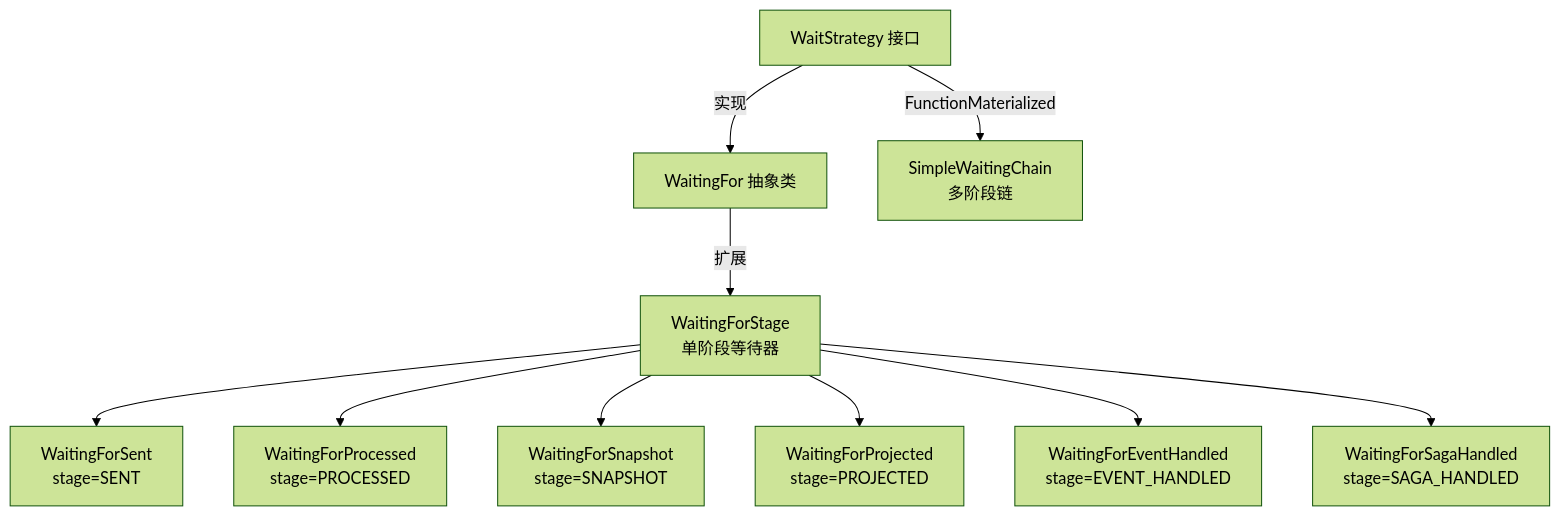
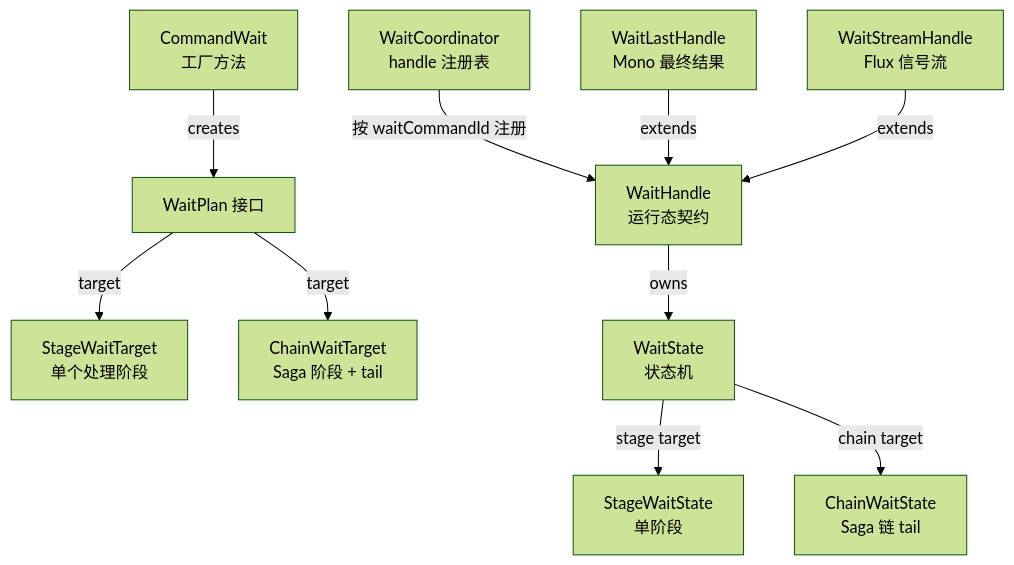
Before and after one commit to Ahoo-Wang/Wow: the third of 3 diagrams in documentation/docs/zh/guide/command-gateway.md, drawn with Mermaid (forest theme). The commit also changed other lines of this file and 155 other files, not shown here.

First line of the commit message:
[codex] Redesign command wait runtime (#2698)

````diff
--- a/documentation/docs/zh/guide/command-gateway.md
+++ b/documentation/docs/zh/guide/command-gateway.md
@@ -614,26 +614,25 @@
 ```mermaid
 graph TB
-    WS[WaitStrategy 接口]
-    WF[WaitingFor 抽象类]
-    WFS[WaitingForStage<br>单阶段等待器]
-    SC[SimpleWaitingChain<br>多阶段链]
+    WS[WaitPlan 接口]
+    SWT[StageWaitTarget<br>单个处理阶段]
+    CWT[ChainWaitTarget<br>Saga 阶段 + tail]
+    CW[CommandWait<br>工厂方法]
+    HC[WaitCoordinator<br>handle 注册表]
+    WH[WaitHandle<br>运行态契约]
+    WL[WaitLastHandle<br>Mono 最终结果]
+    WF[WaitStreamHandle<br>Flux 信号流]
+    ST[WaitState<br>状态机]
+    SWS[StageWaitState<br>单阶段]
+    CWS[ChainWaitState<br>Saga 链 tail]
 
-    WS -->|实现| WF
-    WF -->|扩展| WFS
-    WS -->|FunctionMaterialized| SC
-
-    WFS_SENT[WaitingForSent<br>stage=SENT]
-    WFS_PROC[WaitingForProcessed<br>stage=PROCESSED]
-    WFS_SNAP[WaitingForSnapshot<br>stage=SNAPSHOT]
-    WFS_PROJ[WaitingForProjected<br>stage=PROJECTED]
-    WFS_EH[WaitingForEventHandled<br>stage=EVENT_HANDLED]
-    WFS_SH[WaitingForSagaHandled<br>stage=SAGA_HANDLED]
-
-    WFS --> WFS_SENT
-    WFS --> WFS_PROC
-    WFS --> WFS_SNAP
-    WFS --> WFS_PROJ
-    WFS --> WFS_EH
-    WFS --> WFS_SH
+    CW -->|creates| WS
+    WS -->|target| SWT
+    WS -->|target| CWT
+    HC -->|按 waitCommandId 注册| WH
+    WL -->|extends| WH
+    WF -->|extends| WH
+    WH -->|owns| ST
+    ST -->|stage target| SWS
+    ST -->|chain target| CWS
 
 ```
````
